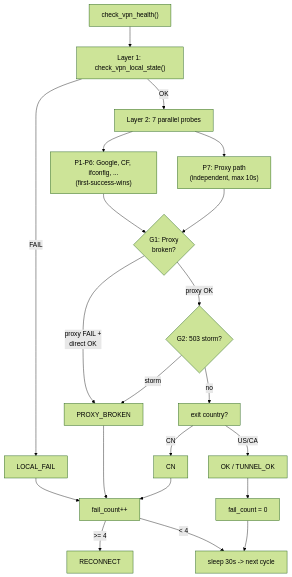
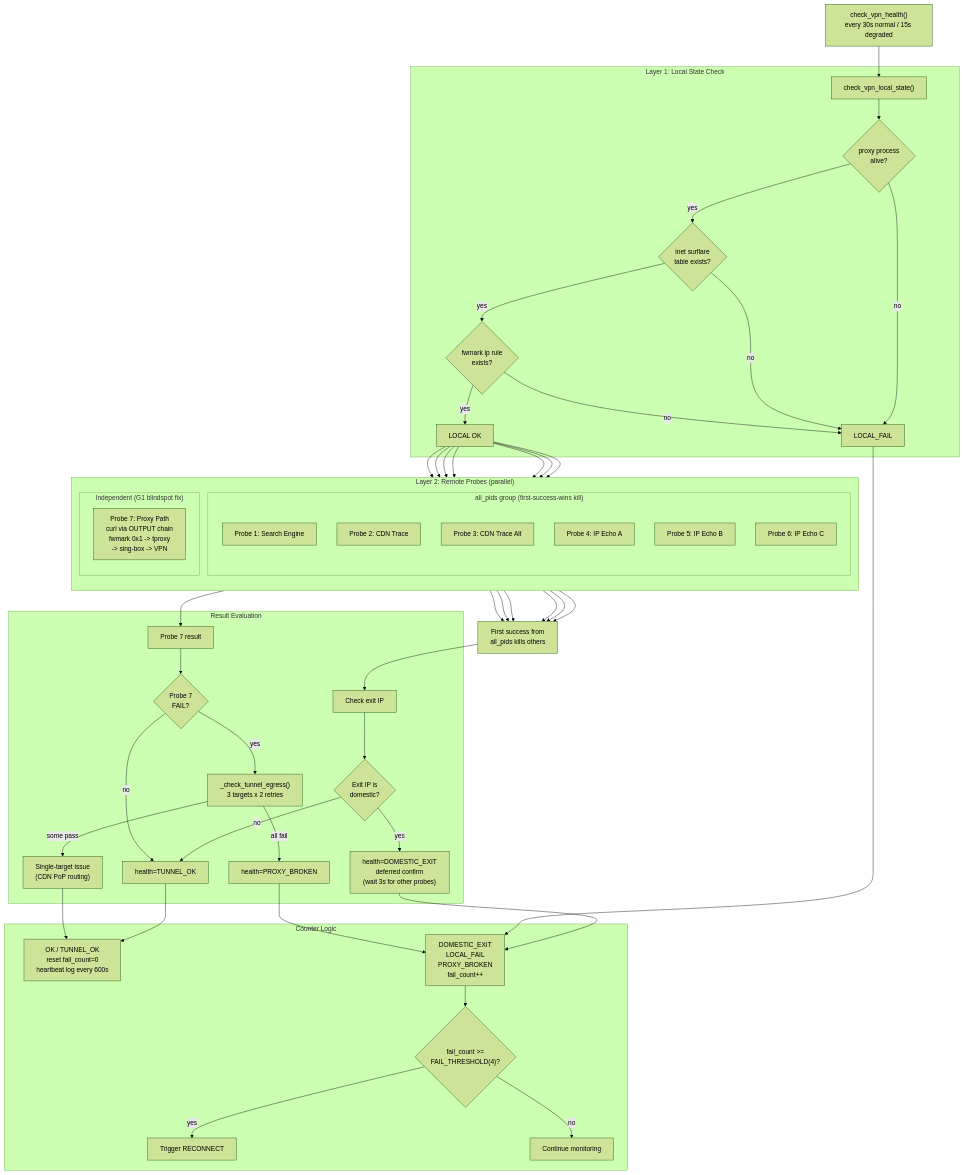
The fourth of 5 diagrams in README.md (HouMinXi/surflare-watchdog), drawn with Mermaid (forest theme) before and after one commit. The commit also changed other lines of this file, not shown here.

First line of the commit message:
update architecture diagrams in README

````diff
--- a/README.md
+++ b/README.md
@@ -289,29 +382,85 @@
 ```mermaid
-flowchart TD
-    START["check_vpn_health()"] --> LOCAL["Layer 1: check_vpn_local_state()"]
+flowchart TB
+    START["check_vpn_health()<br/>every 30s normal / 15s degraded"]
 
-    LOCAL -->|FAIL| RESULT_FAIL["LOCAL_FAIL"]
-    LOCAL -->|OK| PROBES["Layer 2: 7 parallel probes"]
+    subgraph L1["Layer 1: Local State Check"]
+        LOCAL["check_vpn_local_state()"]
+        L1_PROC{"proxy process<br/>alive?"}
+        L1_NFT{"inet surflare<br/>table exists?"}
+        L1_ROUTE{"fwmark ip rule<br/>exists?"}
+        L1_OK["LOCAL OK"]
+        L1_FAIL["LOCAL_FAIL"]
+    end
 
-    PROBES --> P16["P1-P6: Google, CF, ifconfig, ...<br/>(first-success-wins)"]
-    PROBES --> P7["P7: Proxy path<br/>(independent, max 10s)"]
+    START --> LOCAL
+    LOCAL --> L1_PROC
+    L1_PROC -->|no| L1_FAIL
+    L1_PROC -->|yes| L1_NFT
+    L1_NFT -->|no| L1_FAIL
+    L1_NFT -->|yes| L1_ROUTE
+    L1_ROUTE -->|no| L1_FAIL
+    L1_ROUTE -->|yes| L1_OK
 
-    P16 --> G1{"G1: Proxy<br/>broken?"}
-    P7 --> G1
+    subgraph L2["Layer 2: Remote Probes (parallel)"]
+        direction TB
+        subgraph AllPids["all_pids group (first-success-wins kill)"]
+            P1["Probe 1: Search Engine"]
+            P2["Probe 2: CDN Trace"]
+            P3["Probe 3: CDN Trace Alt"]
+            P4["Probe 4: IP Echo A"]
+            P5["Probe 5: IP Echo B"]
+            P6["Probe 6: IP Echo C"]
+        end
+        subgraph Independent["Independent (G1 blindspot fix)"]
+            P7["Probe 7: Proxy Path<br/>curl via OUTPUT chain<br/>fwmark 0x1 -> tproxy<br/>-> sing-box -> VPN"]
+        end
+    end
 
-    G1 -->|"proxy FAIL +<br/>direct OK"| PB["PROXY_BROKEN"]
-    G1 -->|"proxy OK"| G2{"G2: 503 storm?"}
+    L1_OK --> P1 & P2 & P3 & P4 & P5 & P6 & P7
 
-    G2 -->|"storm"| PB
-    G2 -->|"no"| EGRESS["exit country?"]
+    FIRST_WIN["First success from<br/>all_pids kills others"]
+    P1 & P2 & P3 & P4 & P5 & P6 --> FIRST_WIN
 
-    EGRESS -->|US/CA| OK["OK / TUNNEL_OK"]
-    EGRESS -->|CN| CN["CN"]
+    subgraph Evaluate["Result Evaluation"]
+        CHK_EXIT["Check exit IP"]
+        IS_DOM{"Exit IP is<br/>domestic?"}
+        IS_OK["health=TUNNEL_OK"]
+        IS_DOM_RESULT["health=DOMESTIC_EXIT<br/>deferred confirm<br/>(wait 3s for other probes)"]
 
-    OK --> RESET["fail_count = 0"]
-    RESULT_FAIL & PB & CN --> INCR["fail_count++"]
+        P7_CHK["Probe 7 result"]
+        P7_FAIL{"Probe 7<br/>FAIL?"}
+        EGRESS["_check_tunnel_egress()<br/>3 targets x 2 retries"]
+        PROXY_BROKEN["health=PROXY_BROKEN"]
+        EGRESS_OK["Single-target issue<br/>(CDN PoP routing)"]
+    end
 
-    INCR -->|">= 4"| RECONNECT["RECONNECT"]
-    INCR -->|"< 4"| WAIT["sleep 30s -> next cycle"]
-    RESET --> WAIT
+    FIRST_WIN --> CHK_EXIT
+    CHK_EXIT --> IS_DOM
+    IS_DOM -->|no| IS_OK
+    IS_DOM -->|yes| IS_DOM_RESULT
+
+    P7 --> P7_CHK
+    P7_CHK --> P7_FAIL
+    P7_FAIL -->|yes| EGRESS
+    P7_FAIL -->|no| IS_OK
+    EGRESS -->|all fail| PROXY_BROKEN
+    EGRESS -->|some pass| EGRESS_OK
+
+    subgraph Counters["Counter Logic"]
+        HEALTHY["OK / TUNNEL_OK<br/>reset fail_count=0<br/>heartbeat log every 600s"]
+        DEGRADED["DOMESTIC_EXIT<br/>LOCAL_FAIL<br/>PROXY_BROKEN<br/>fail_count++"]
+        THRESH{"fail_count >=<br/>FAIL_THRESHOLD(4)?"}
+        RECONNECT["Trigger RECONNECT"]
+        CONTINUE["Continue monitoring"]
+    end
+
+    IS_OK --> HEALTHY
+    EGRESS_OK --> HEALTHY
+    IS_DOM_RESULT --> DEGRADED
+    L1_FAIL --> DEGRADED
+    PROXY_BROKEN --> DEGRADED
+
+    DEGRADED --> THRESH
+    THRESH -->|yes| RECONNECT
+    THRESH -->|no| CONTINUE
 ```
````
